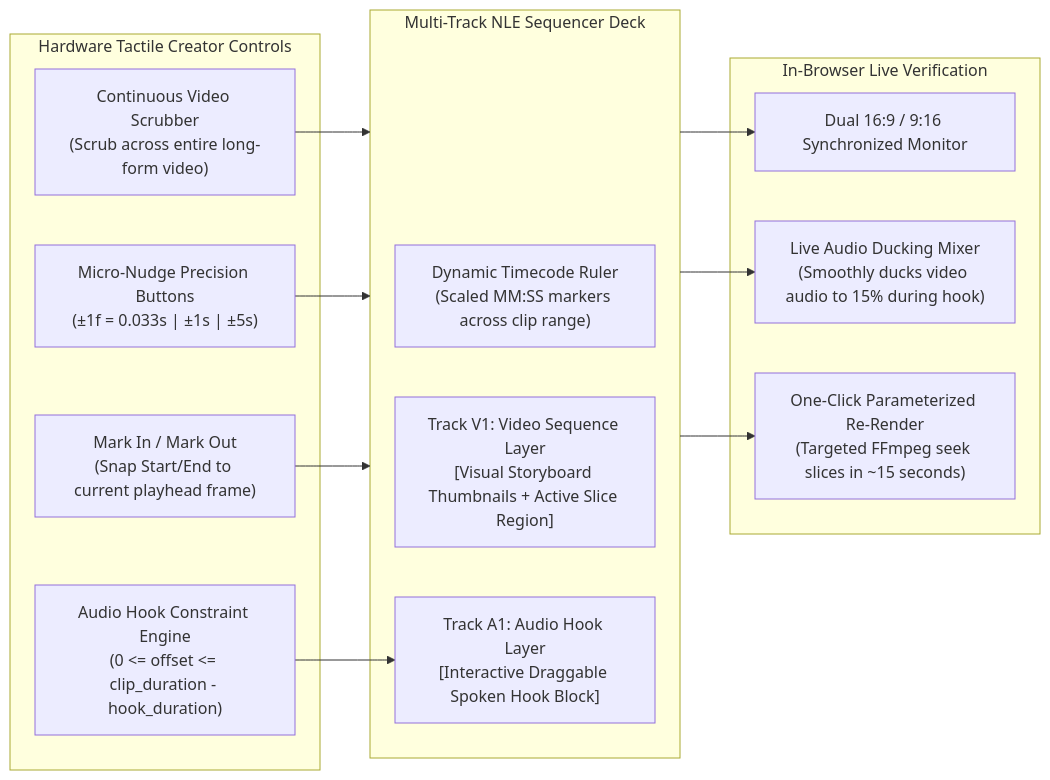
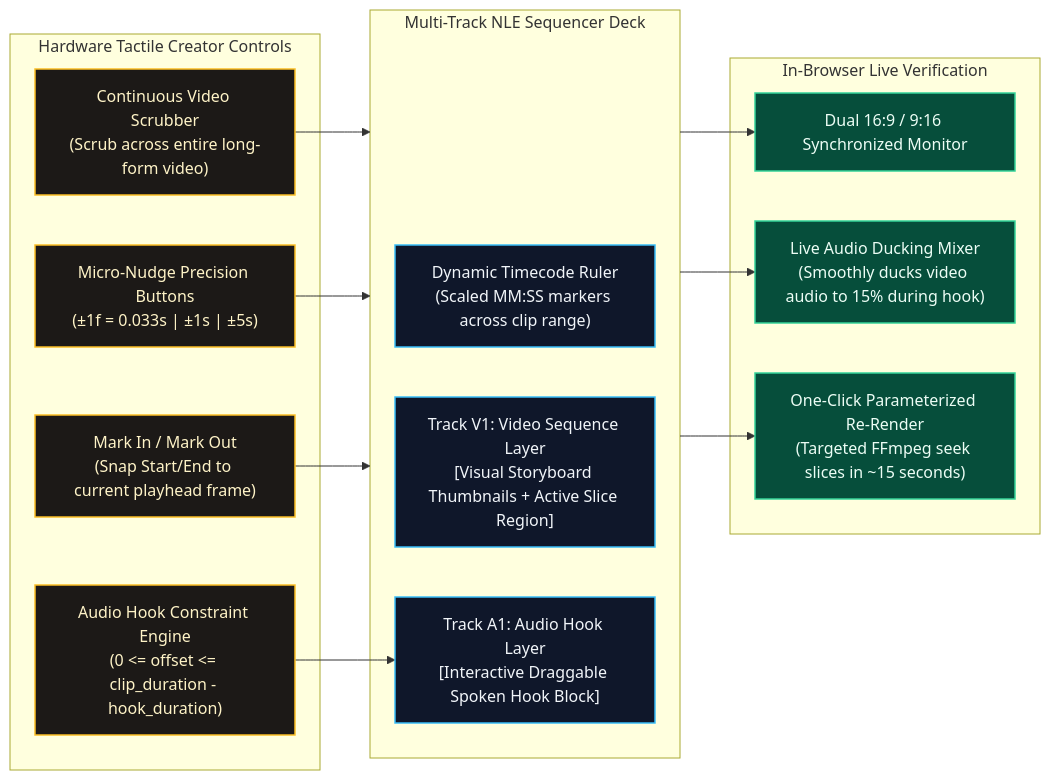
One commit to DivyamJoshi2005/Alfred changed the fifth of 9 diagrams in README.md. Above: the diagram before and after it, drawn with Mermaid. The commit also changed other lines of this file and 1 other file, not shown here.

Commit message:
docs: add minimal, vibrant slate & neon accent styling to all Mermaid architecture diagrams

````diff
--- a/README.md
+++ b/README.md
@@ -333,29 +358,33 @@
 ```mermaid
 flowchart LR
+    classDef track fill:#0f172a,stroke:#38bdf8,stroke-width:1.5px,color:#f1f5f9;
+    classDef control fill:#1c1917,stroke:#fbbf24,stroke-width:1.5px,color:#fef3c7;
+    classDef monitor fill:#064e3b,stroke:#34d399,stroke-width:1.5px,color:#ecfdf5;
+
     subgraph TimelineDeck ["Multi-Track NLE Sequencer Deck"]
-        Ruler["Dynamic Timecode Ruler\n(Scaled MM:SS markers across clip range)"]
-        TrackV1["Track V1: Video Sequence Layer\n[Visual Storyboard Thumbnails + Active Slice Region]"]
-        TrackA1["Track A1: Audio Hook Layer\n[Interactive Draggable Spoken Hook Block]"]
+        Ruler["Dynamic Timecode Ruler\n(Scaled MM:SS markers across clip range)"]:::track
+        TrackV1["Track V1: Video Sequence Layer\n[Visual Storyboard Thumbnails + Active Slice Region]"]:::track
+        TrackA1["Track A1: Audio Hook Layer\n[Interactive Draggable Spoken Hook Block]"]:::track
     end
 
     subgraph Controls ["Hardware Tactile Creator Controls"]
-        Scrub["Continuous Video Scrubber\n(Scrub across entire long-form video)"]
-        MicroNudge["Micro-Nudge Precision Buttons\n(±1f = 0.033s | ±1s | ±5s)"]
-        Snapping["Mark In / Mark Out\n(Snap Start/End to current playhead frame)"]
-        ConstrainedDrag["Audio Hook Constraint Engine\n(0 <= offset <= clip_duration - hook_duration)"]
+        Scrub["Continuous Video Scrubber\n(Scrub across entire long-form video)"]:::control
+        MicroNudge["Micro-Nudge Precision Buttons\n(±1f = 0.033s | ±1s | ±5s)"]:::control
+        Snapping["Mark In / Mark Out\n(Snap Start/End to current playhead frame)"]:::control
+        ConstrainedDrag["Audio Hook Constraint Engine\n(0 <= offset <= clip_duration - hook_duration)"]:::control
     end
 
     subgraph MonitorEngine ["In-Browser Live Verification"]
-        DualMonitor["Dual 16:9 / 9:16 Synchronized Monitor"]
-        LiveDucking["Live Audio Ducking Mixer\n(Smoothly ducks video audio to 15% during hook)"]
-        FastRerender["One-Click Parameterized Re-Render\n(Targeted FFmpeg seek slices in ~15 seconds)"]
+        DualMonitor["Dual 16:9 / 9:16 Synchronized Monitor"]:::monitor
+        LiveDucking["Live Audio Ducking Mixer\n(Smoothly ducks video audio to 15% during hook)"]:::monitor
+        FastRerender["One-Click Parameterized Re-Render\n(Targeted FFmpeg seek slices in ~15 seconds)"]:::monitor
     end
 
     Scrub --> TimelineDeck
     MicroNudge --> TimelineDeck
     Snapping --> TimelineDeck
     ConstrainedDrag --> TrackA1
     TimelineDeck --> DualMonitor
     TimelineDeck --> LiveDucking
     TimelineDeck --> FastRerender
 ```
````
